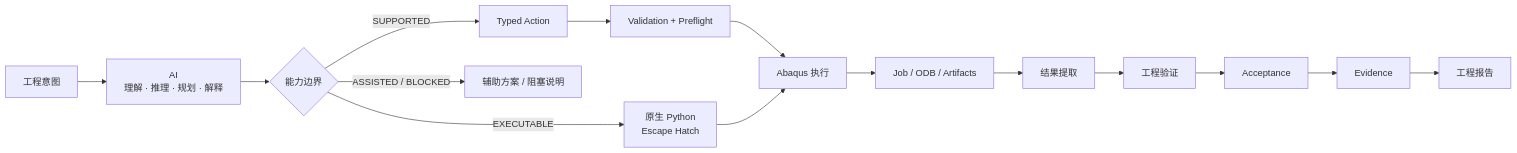
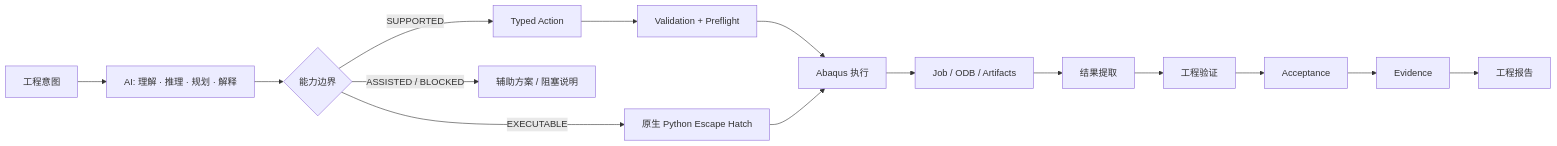
One commit to chenlei-gh/Abaqus-AI-Agent changed the first of 3 diagrams in README_CN.md. Above: the diagram before and after it, drawn with Mermaid. The commit also changed other lines of this file and 1 other file, not shown here.

````diff
--- a/README_CN.md
+++ b/README_CN.md
@@ -33,17 +38,17 @@
 ```mermaid
 flowchart LR
-    U["工程意图"] --> AI["AI<br/>理解 · 推理 · 规划 · 解释"]
+    U["工程意图"] --> AI["AI: 理解 · 推理 · 规划 · 解释"]
     AI --> B{"能力边界"}
     B -->|SUPPORTED| A["Typed Action"]
-    B -->|EXECUTABLE| X["原生 Python<br/>Escape Hatch"]
+    B -->|EXECUTABLE| X["原生 Python Escape Hatch"]
     B -->|ASSISTED / BLOCKED| P["辅助方案 / 阻塞说明"]
     A --> V["Validation + Preflight"]
     V --> E["Abaqus 执行"]
     X --> E
     E --> O["Job / ODB / Artifacts"]
     O --> R["结果提取"]
     R --> Q["工程验证"]
     Q --> C["Acceptance"]
     C --> EV["Evidence"]
     EV --> REP["工程报告"]
 ```
````
